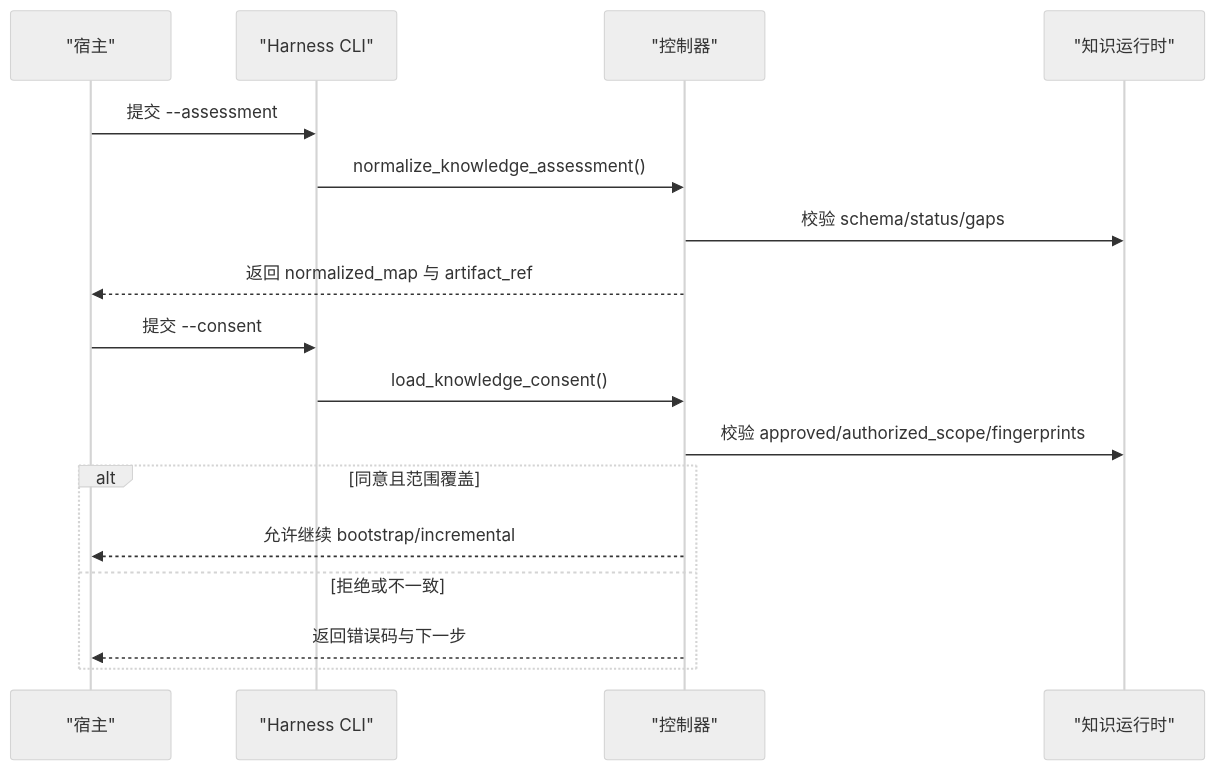
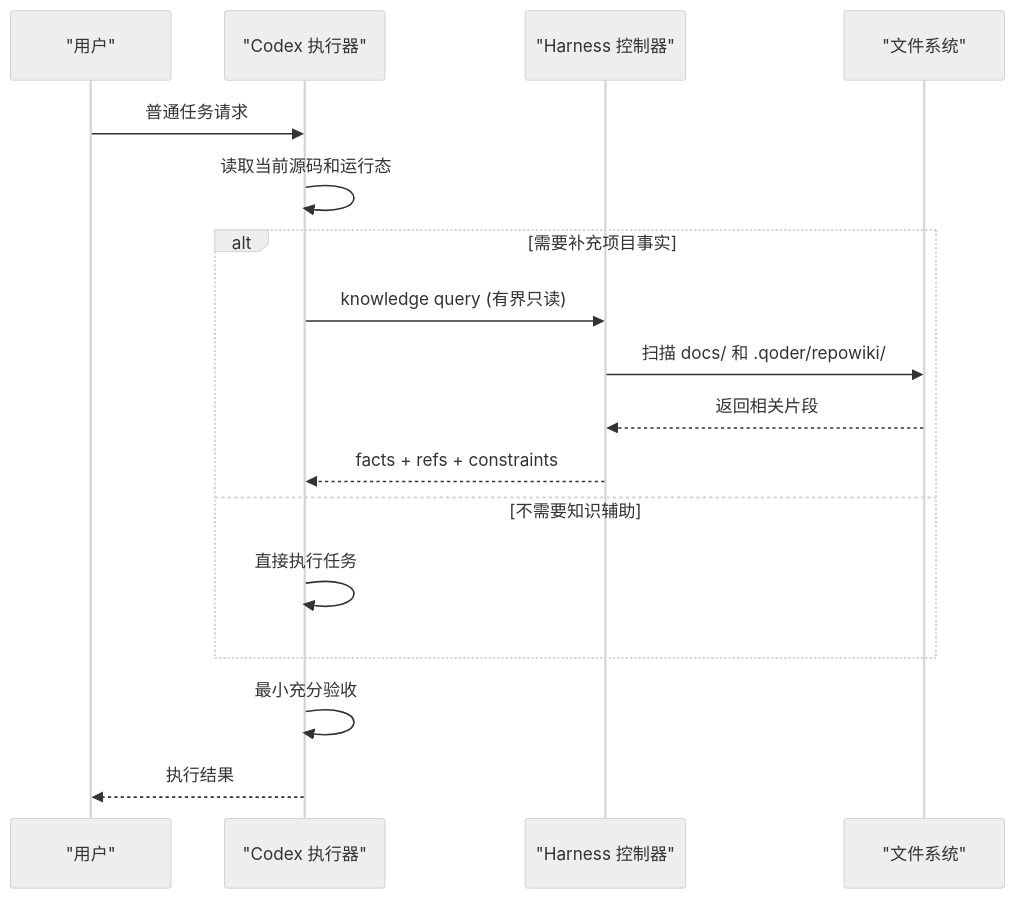
One commit to HackSing/docs-harness changed the second of 4 diagrams in .qoder/repowiki/zh/content/核心概念/知识图谱系统/知识图谱系统.md. Above: the diagram before and after it, drawn with Mermaid (neutral theme). The commit also changed other lines of this file and 42 other files, not shown here.

````diff
--- a/.qoder/repowiki/zh/content/核心概念/知识图谱系统/知识图谱系统.md
+++ b/.qoder/repowiki/zh/content/核心概念/知识图谱系统/知识图谱系统.md
@@ -240,19 +76,19 @@
 ```mermaid
 sequenceDiagram
-participant Host as "宿主"
-participant CLI as "Harness CLI"
-participant Controller as "控制器"
-participant Store as "知识运行时"
-Host->>CLI : 提交 --assessment
-CLI->>Controller : normalize_knowledge_assessment()
-Controller->>Store : 校验 schema/status/gaps
-Controller-->>Host : 返回 normalized_map 与 artifact_ref
-Host->>CLI : 提交 --consent
-CLI->>Controller : load_knowledge_consent()
-Controller->>Store : 校验 approved/authorized_scope/fingerprints
-alt 同意且范围覆盖
-Controller-->>Host : 允许继续 bootstrap/incremental
-else 拒绝或不一致
-Controller-->>Host : 返回错误码与下一步
+participant User as "用户"
+participant Codex as "Codex 执行器"
+participant Harness as "Harness 控制器"
+participant FS as "文件系统"
+User->>Codex : 普通任务请求
+Codex->>Codex : 读取当前源码和运行态
+alt 需要补充项目事实
+Codex->>Harness : knowledge query (有界只读)
+Harness->>FS : 扫描 docs/ 和 .qoder/repowiki/
+FS-->>Harness : 返回相关片段
+Harness-->>Codex : facts + refs + constraints
+else 不需要知识辅助
+Codex->>Codex : 直接执行任务
 end
+Codex->>Codex : 最小充分验收
+Codex-->>User : 执行结果
 ```
````
